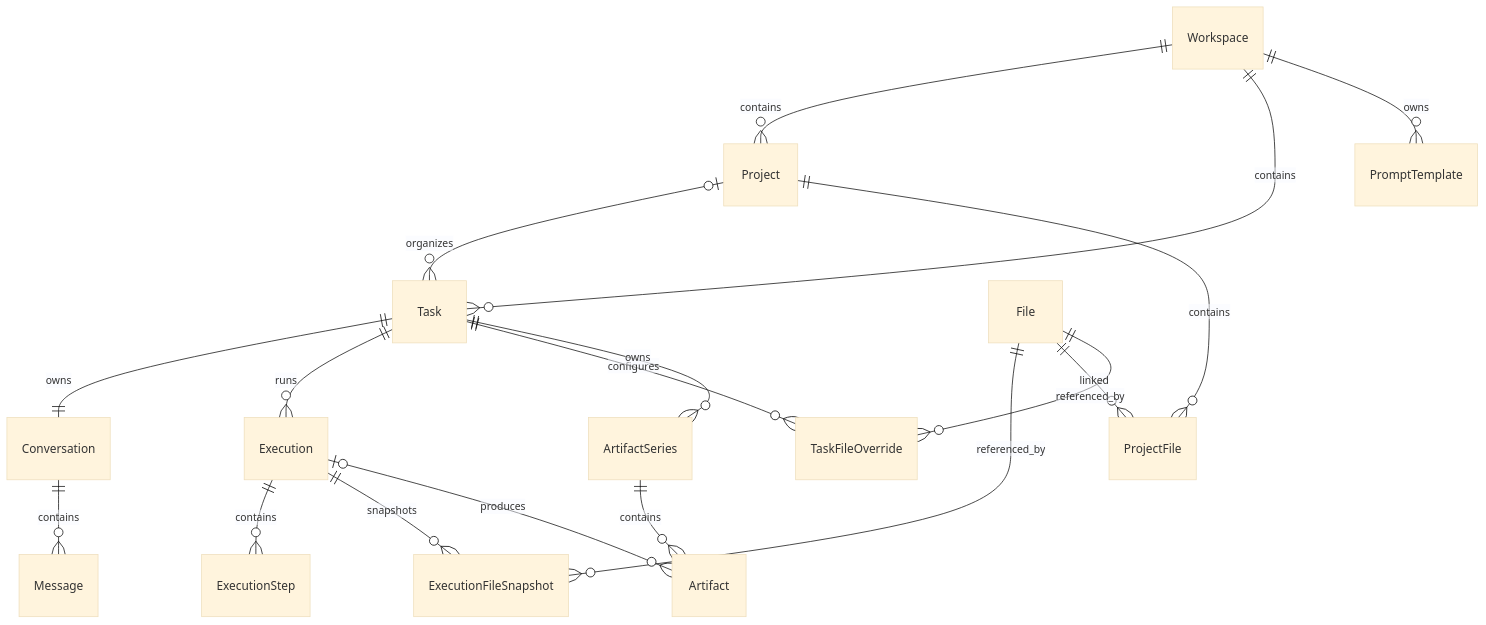
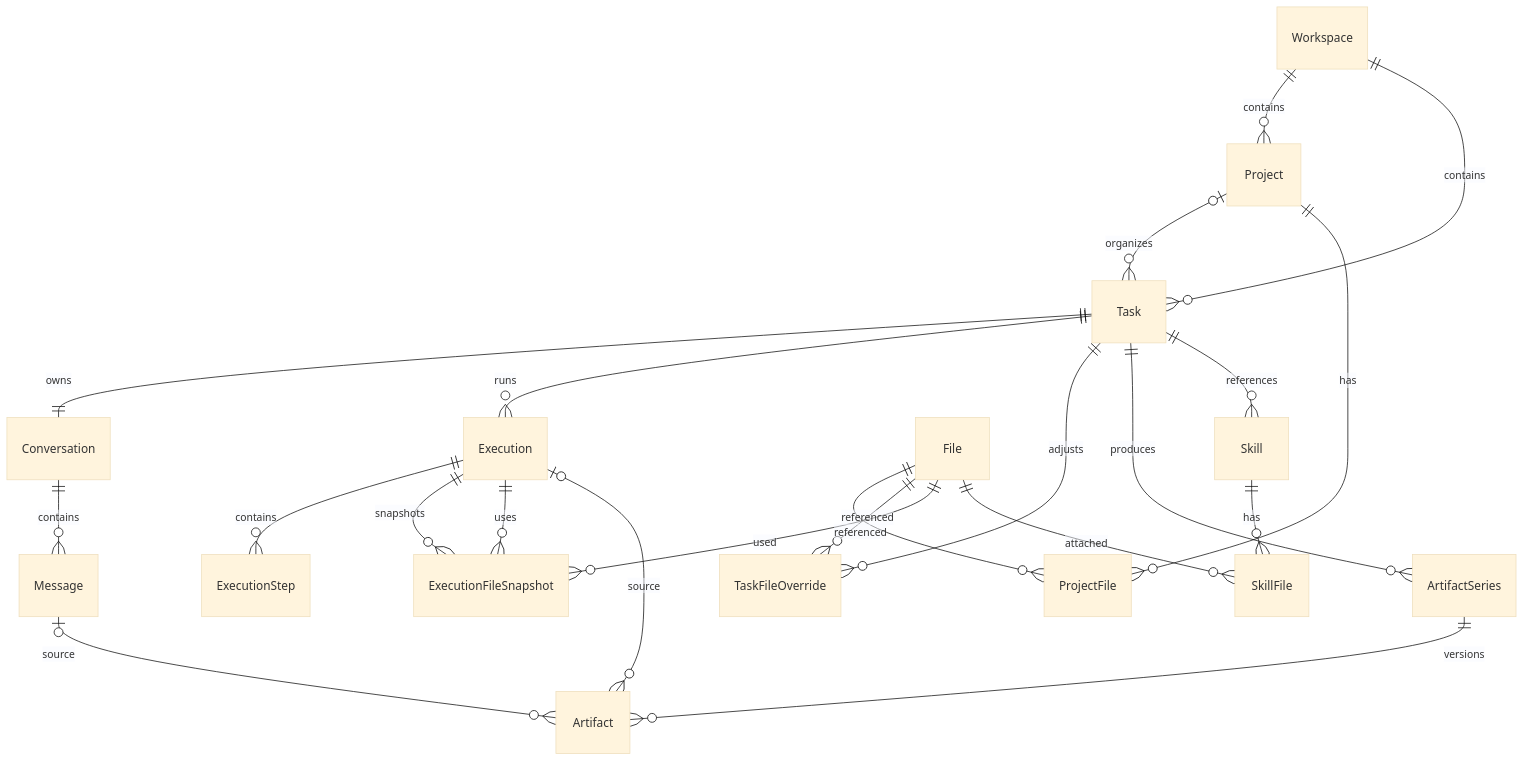
Before and after one commit to wwwmouse/Mousehole: the diagram in docs/DATA_MODEL.md, drawn with Mermaid (base theme). The commit also changed other lines of this file and 13 other files, not shown here.

````diff
--- a/docs/DATA_MODEL.md
+++ b/docs/DATA_MODEL.md
@@ -60,26 +50,28 @@
 ```mermaid
 erDiagram
     Workspace ||--o{ Project : contains
     Workspace ||--o{ Task : contains
     Project o|--o{ Task : organizes
 
     Task ||--|| Conversation : owns
     Conversation ||--o{ Message : contains
     Task ||--o{ Execution : runs
-
     Execution ||--o{ ExecutionStep : contains
     Execution ||--o{ ExecutionFileSnapshot : snapshots
-    File ||--o{ ExecutionFileSnapshot : referenced_by
 
-    File ||--o{ ProjectFile : linked
-    Project ||--o{ ProjectFile : contains
+    Project ||--o{ ProjectFile : has
+    File ||--o{ ProjectFile : referenced
+    Task ||--o{ TaskFileOverride : adjusts
+    File ||--o{ TaskFileOverride : referenced
+    Execution ||--o{ ExecutionFileSnapshot : uses
+    File ||--o{ ExecutionFileSnapshot : used
 
-    Task ||--o{ TaskFileOverride : configures
-    File ||--o{ TaskFileOverride : referenced_by
+    Task ||--o{ ArtifactSeries : produces
+    ArtifactSeries ||--o{ Artifact : versions
+    Execution o|--o{ Artifact : source
+    Message o|--o{ Artifact : source
 
-    Task ||--o{ ArtifactSeries : owns
-    ArtifactSeries ||--o{ Artifact : contains
-    Execution o|--o{ Artifact : produces
-
-    Workspace ||--o{ PromptTemplate : owns
+    Skill ||--o{ SkillFile : has
+    File ||--o{ SkillFile : attached
+    Task ||--o{ Skill : references
 ```
````
